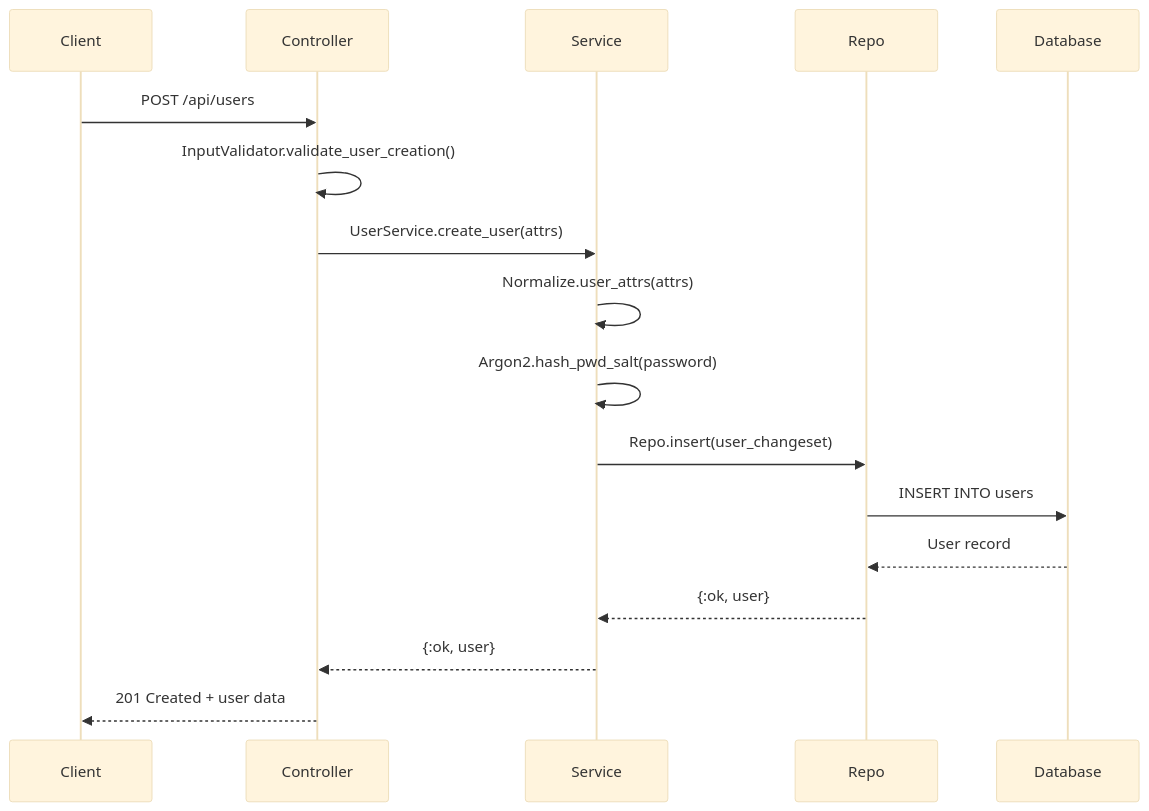
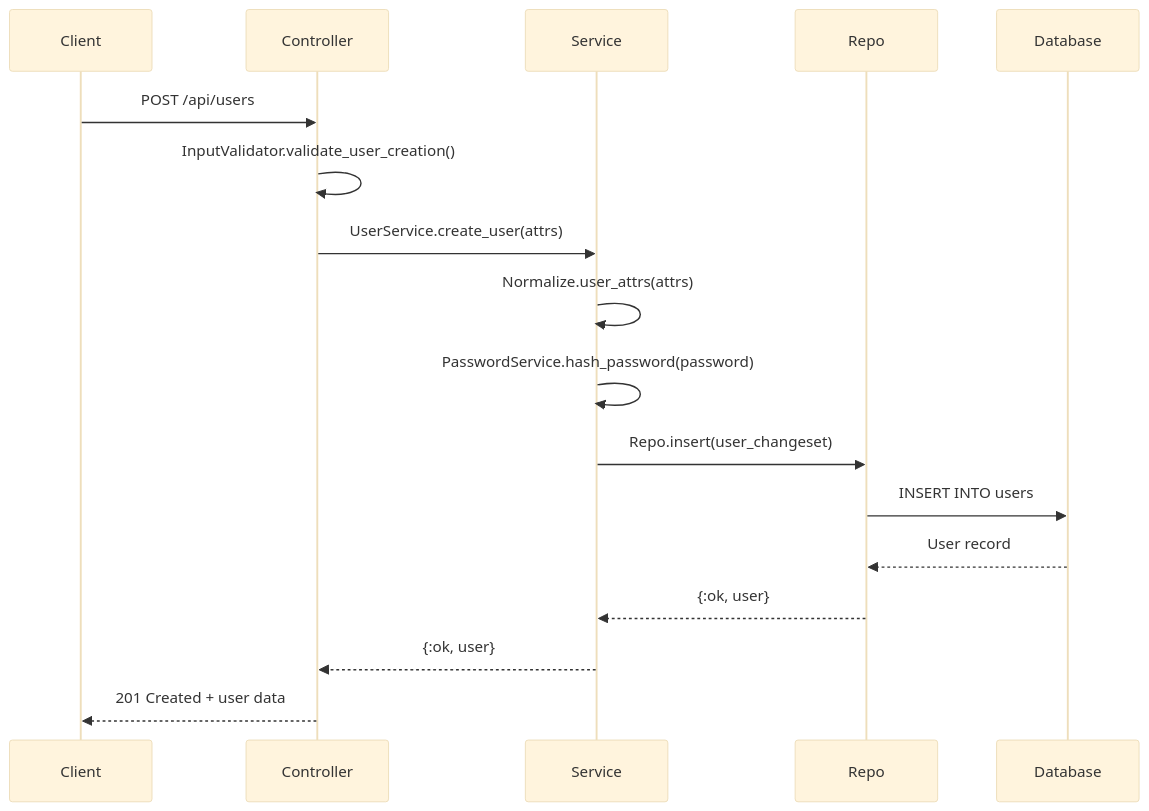
Before and after one commit to rafaelRojasVi/ledger-bank-api: the third of 4 diagrams in docs/ARCHITECTURE.md, drawn with Mermaid (base theme). The commit also changed other lines of this file and 26 other files, not shown here.

````diff
--- a/docs/ARCHITECTURE.md
+++ b/docs/ARCHITECTURE.md
@@ -357,20 +357,20 @@
 ```mermaid
 sequenceDiagram
     participant Client
     participant Controller
     participant Service
     participant Repo
     participant Database
 
     Client->>Controller: POST /api/users
     Controller->>Controller: InputValidator.validate_user_creation()
     Controller->>Service: UserService.create_user(attrs)
     Service->>Service: Normalize.user_attrs(attrs)
-    Service->>Service: Argon2.hash_pwd_salt(password)
+    Service->>Service: PasswordService.hash_password(password)
     Service->>Repo: Repo.insert(user_changeset)
     Repo->>Database: INSERT INTO users
     Database-->>Repo: User record
     Repo-->>Service: {:ok, user}
     Service-->>Controller: {:ok, user}
     Controller-->>Client: 201 Created + user data
 ```
````
